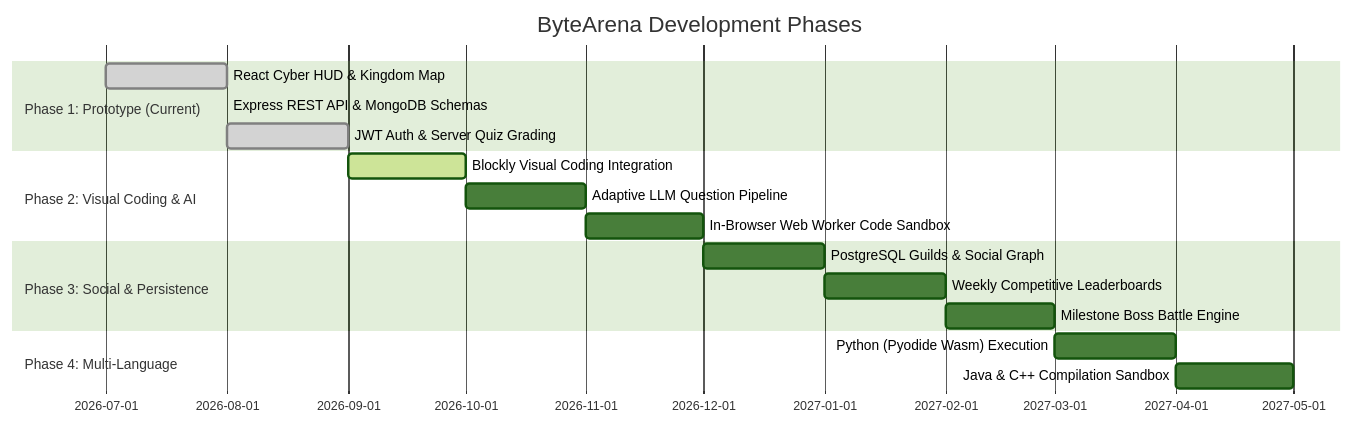
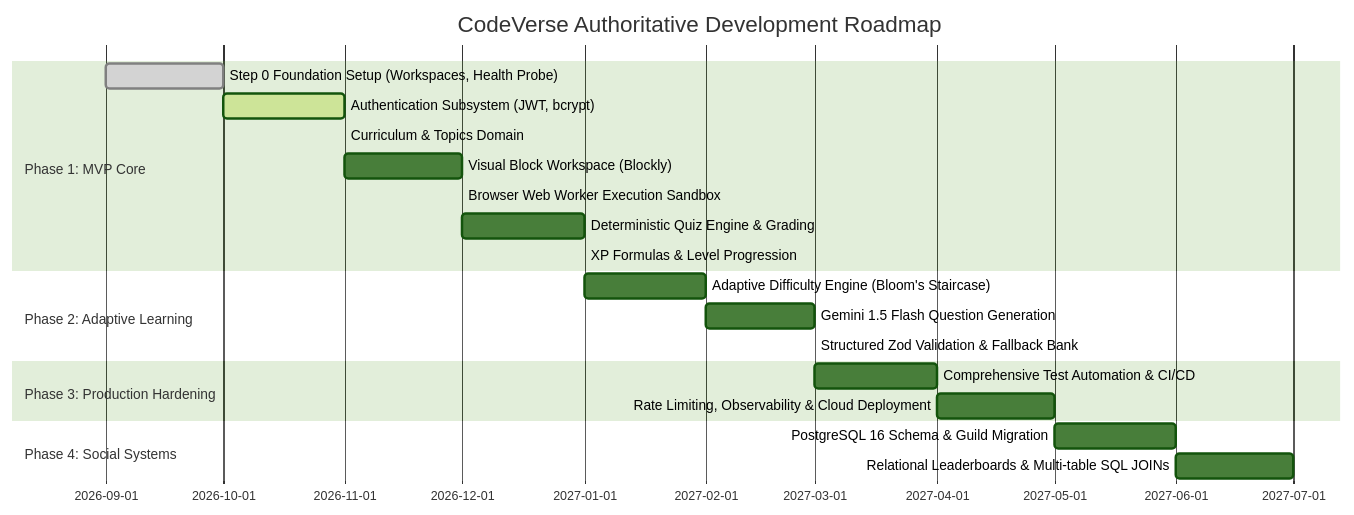
One commit to tanushreesrivastavs125-code/CodeVerse changed the ninth of 9 diagrams in README.md. Above: the diagram before and after it, drawn with Mermaid (forest theme). The commit also changed other lines of this file and 3 other files, not shown here.

Commit message:
docs(architecture): normalize product architecture and phases

````diff
--- a/README.md
+++ b/README.md
@@ -1105,20 +1064,23 @@
 ```mermaid
 gantt
-    title ByteArena Development Phases
+    title CodeVerse Authoritative Development Roadmap
     dateFormat  YYYY-MM
-    section Phase 1: Prototype (Current)
-    React Cyber HUD & Kingdom Map       :done,    p1_1, 2026-07, 2026-08
-    Express REST API & MongoDB Schemas  :done,    p1_2, 2026-08, 2026-08
-    JWT Auth & Server Quiz Grading      :done,    p1_3, 2026-08, 2026-09
-    section Phase 2: Visual Coding & AI
-    Blockly Visual Coding Integration   :active,  p2_1, 2026-09, 2026-10
-    Adaptive LLM Question Pipeline      :         p2_2, 2026-10, 2026-11
-    In-Browser Web Worker Code Sandbox  :         p2_3, 2026-11, 2026-12
-    section Phase 3: Social & Persistence
-    PostgreSQL Guilds & Social Graph    :         p3_1, 2026-12, 2027-01
-    Weekly Competitive Leaderboards     :         p3_2, 2027-01, 2027-02
-    Milestone Boss Battle Engine        :         p3_3, 2027-02, 2027-03
-    section Phase 4: Multi-Language
-    Python (Pyodide Wasm) Execution     :         p4_1, 2027-03, 2027-04
-    Java & C++ Compilation Sandbox      :         p4_2, 2027-04, 2027-05
+    section Phase 1: MVP Core
+    Step 0 Foundation Setup (Workspaces, Health Probe)   :done,    p1_0, 2026-09, 2026-10
+    Authentication Subsystem (JWT, bcrypt)              :active,  p1_1, 2026-10, 2026-11
+    Curriculum & Topics Domain                          :         p1_2, 2026-11, 2026-11
+    Visual Block Workspace (Blockly)                    :         p1_3, 2026-11, 2026-12
+    Browser Web Worker Execution Sandbox                :         p1_4, 2026-12, 2026-12
+    Deterministic Quiz Engine & Grading                 :         p1_5, 2026-12, 2027-01
+    XP Formulas & Level Progression                     :         p1_6, 2027-01, 2027-01
+    section Phase 2: Adaptive Learning
+    Adaptive Difficulty Engine (Bloom's Staircase)      :         p2_1, 2027-01, 2027-02
+    Gemini 1.5 Flash Question Generation                :         p2_2, 2027-02, 2027-03
+    Structured Zod Validation & Fallback Bank           :         p2_3, 2027-03, 2027-03
+    section Phase 3: Production Hardening
+    Comprehensive Test Automation & CI/CD               :         p3_1, 2027-03, 2027-04
+    Rate Limiting, Observability & Cloud Deployment     :         p3_2, 2027-04, 2027-05
+    section Phase 4: Social Systems
+    PostgreSQL 16 Schema & Guild Migration              :         p4_1, 2027-05, 2027-06
+    Relational Leaderboards & Multi-table SQL JOINs     :         p4_2, 2027-06, 2027-07
 ```
````
